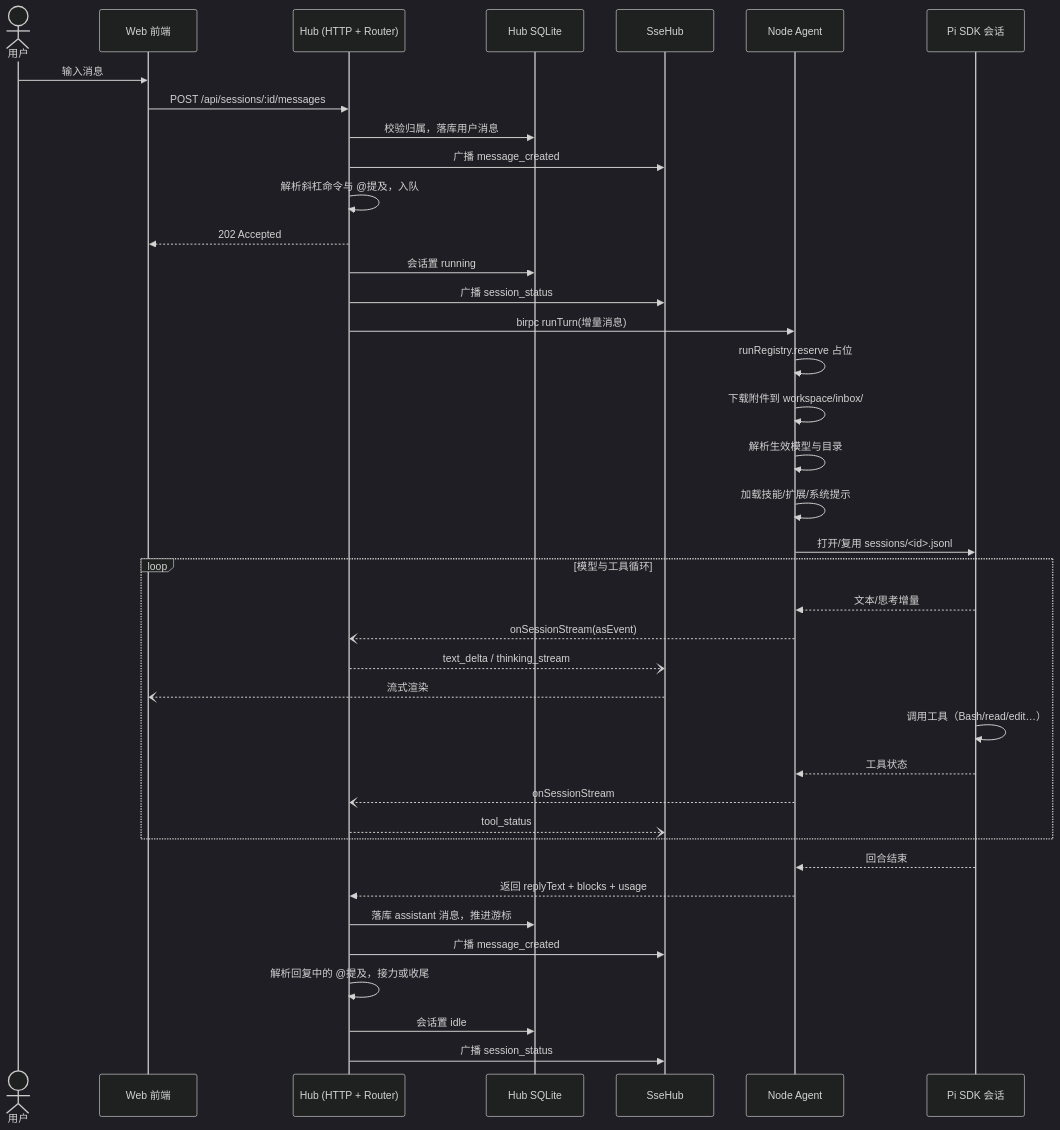
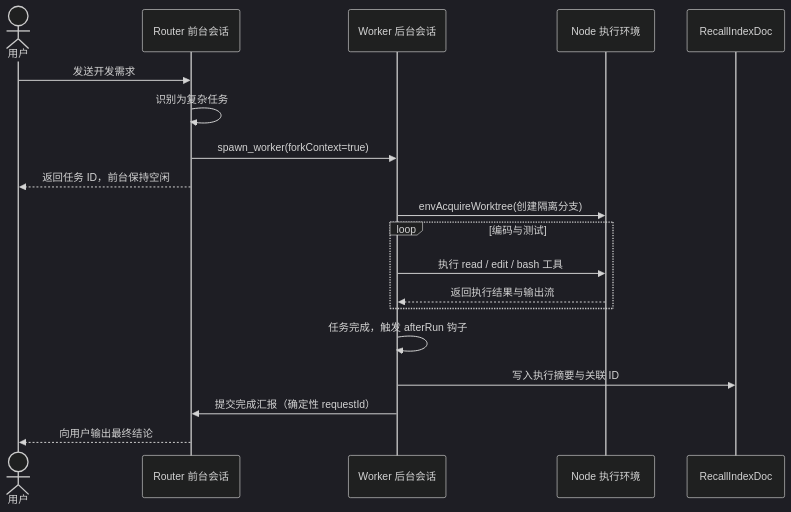
One commit to team4u/botd changed the second of 6 diagrams in docs/architecture.md. Above: the diagram before and after it, drawn with Mermaid (dark theme). The commit also changed other lines of this file and 3 other files, not shown here.

````diff
--- a/docs/architecture.md
+++ b/docs/architecture.md
@@ -146,42 +89,22 @@
 ```mermaid
 sequenceDiagram
     actor U as 用户
-    participant W as Web 前端
-    participant H as Hub (HTTP + Router)
-    participant DB as Hub SQLite
-    participant SSE as SseHub
-    participant N as Node Agent
-    participant P as Pi SDK 会话
+    participant R as Router 前台会话
+    participant W as Worker 后台会话
+    participant N as Node 执行环境
+    participant D as RecallIndexDoc
 
-    U->>W: 输入消息
-    W->>H: POST /api/sessions/:id/messages
-    H->>DB: 校验归属，落库用户消息
-    H->>SSE: 广播 message_created
-    H->>H: 解析斜杠命令与 @提及，入队
-    H-->>W: 202 Accepted
-    H->>DB: 会话置 running
-    H->>SSE: 广播 session_status
-    H->>N: birpc runTurn(增量消息)
-    N->>N: runRegistry.reserve 占位
-    N->>N: 下载附件到 workspace/inbox/
-    N->>N: 解析生效模型与目录
-    N->>N: 加载技能/扩展/系统提示
-    N->>P: 打开/复用 sessions/<id>.jsonl
-    loop 模型与工具循环
-        P-->>N: 文本/思考增量
-        N--)H: onSessionStream(asEvent)
-        H--)SSE: text_delta / thinking_stream
-        SSE--)W: 流式渲染
-        P->>P: 调用工具（Bash/read/edit…）
-        P-->>N: 工具状态
-        N--)H: onSessionStream
-        H--)SSE: tool_status
+    U->>R: 发送开发需求
+    R->>R: 识别为复杂任务
+    R->>W: spawn_worker(forkContext=true)
+    R-->>U: 返回任务 ID，前台保持空闲
+    W->>N: envAcquireWorktree(创建隔离分支)
+    loop 编码与测试
+        W->>N: 执行 read / edit / bash 工具
+        N-->>W: 返回执行结果与输出流
     end
-    P-->>N: 回合结束
-    N-->>H: 返回 replyText + blocks + usage
-    H->>DB: 落库 assistant 消息，推进游标
-    H->>SSE: 广播 message_created
-    H->>H: 解析回复中的 @提及，接力或收尾
-    H->>DB: 会话置 idle
-    H->>SSE: 广播 session_status
+    W->>W: 任务完成，触发 afterRun 钩子
+    W->>D: 写入执行摘要与关联 ID
+    W->>R: 提交完成汇报（确定性 requestId）
+    R-->>U: 向用户输出最终结论
 ```
````
